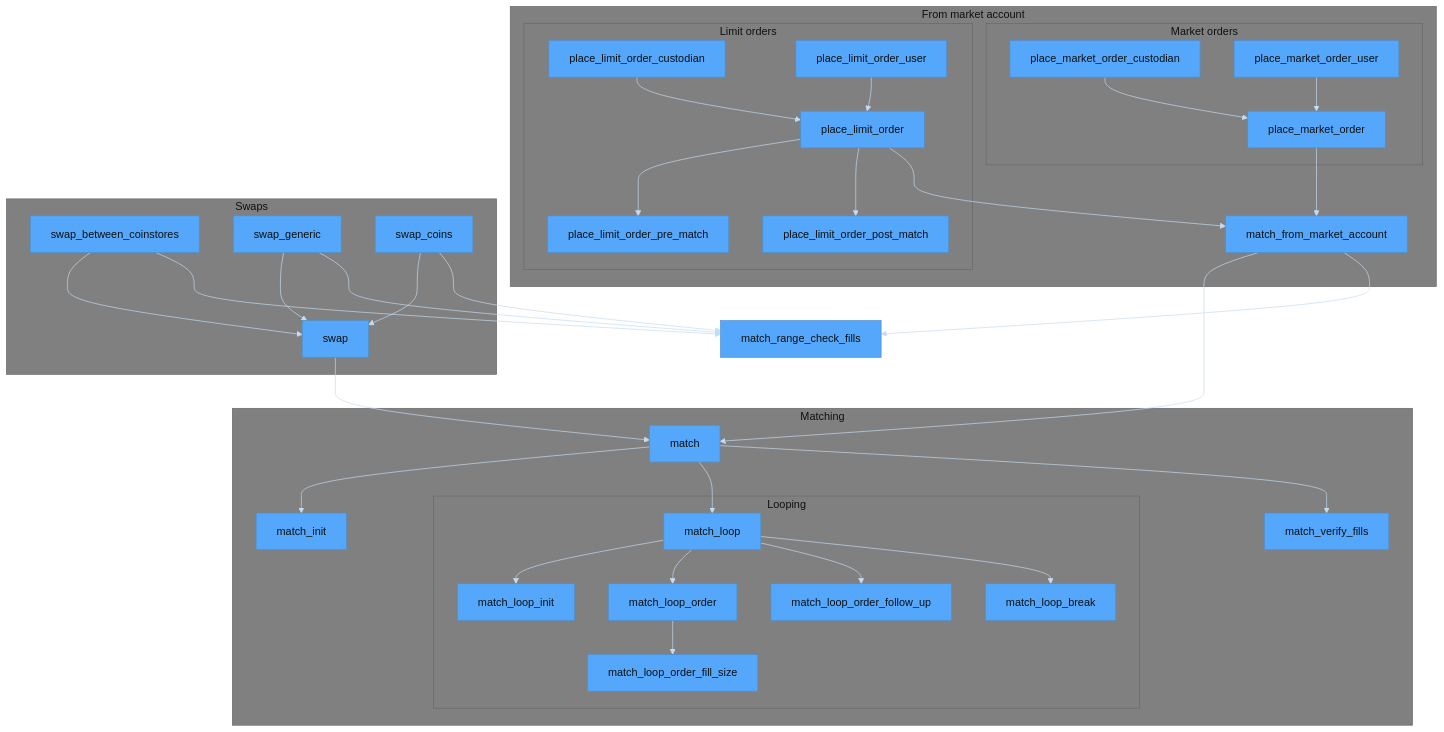
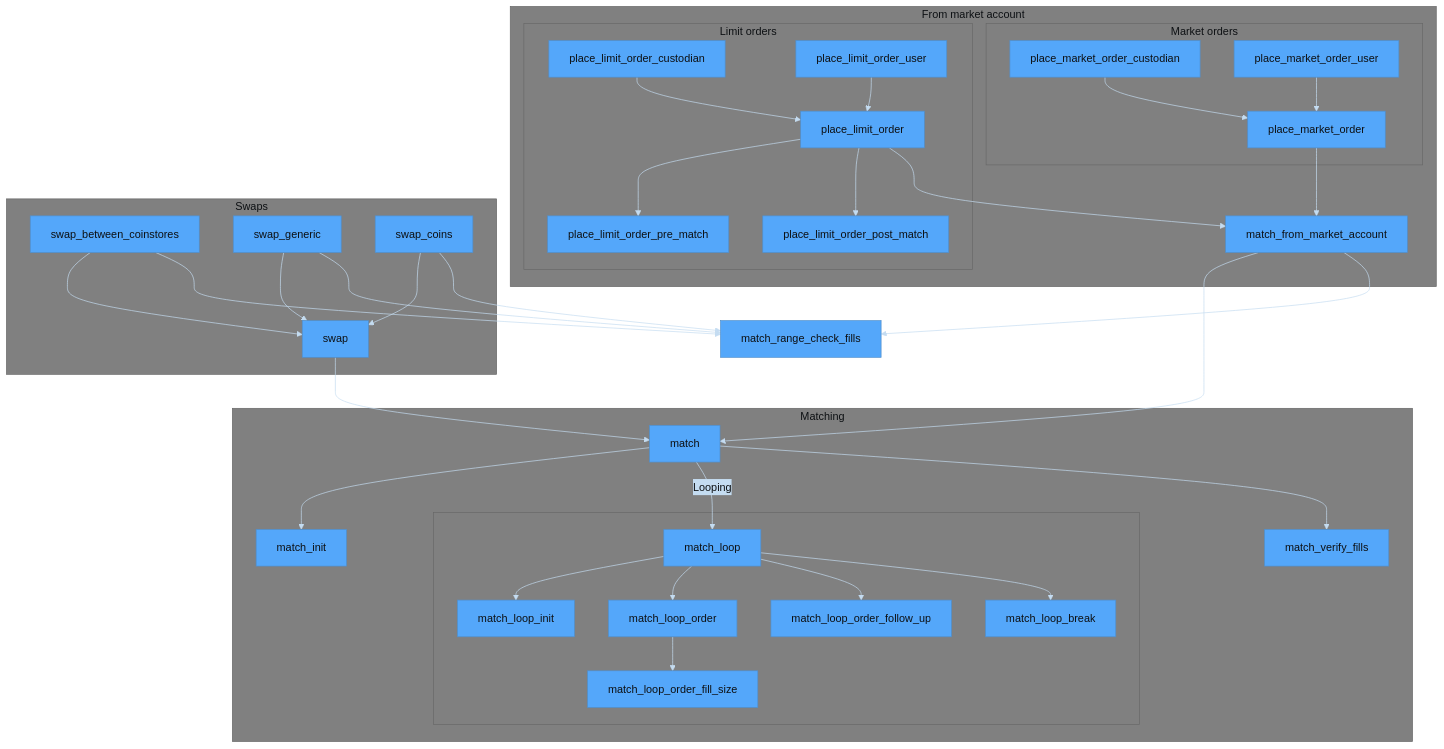
One commit to econia-labs/econia changed the second of 3 diagrams in src/move/econia/dependencies.md. Above: the diagram before and after it, drawn with Mermaid. The commit also changed 2 other files, not shown here.

Commit message:
Attempt SVG diagram GitBook integration

```diff
--- a/src/move/econia/dependencies.md
+++ b/src/move/econia/dependencies.md
@@ -98,9 +98,9 @@
     subgraph Matching
 
     match --> match_init
-    match --> match_loop
+    match -- Looping --> match_loop
 
-        subgraph Looping
+        subgraph Loop [ ]
 
         match_loop --> match_loop_init
         match_loop --> match_loop_order
```
